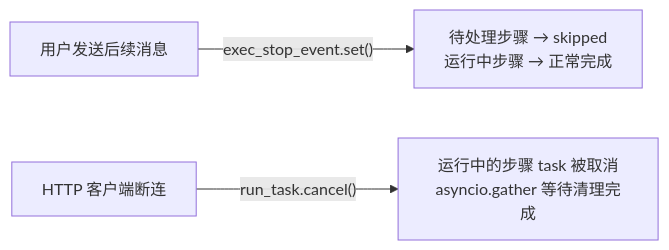
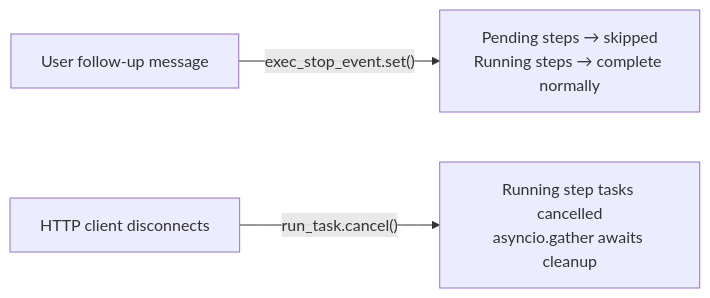
One commit to lucky20160622/fim-one changed the third of 3 diagrams in docs/zh/architecture/dag-engine.mdx. Above: the diagram before and after it, drawn with Mermaid. The commit also changed other lines of this file and 42 other files, not shown here.

````diff
--- a/docs/zh/architecture/dag-engine.mdx
+++ b/docs/zh/architecture/dag-engine.mdx
@@ -102,5 +94,5 @@
 ```mermaid
 flowchart LR
-    A["用户发送后续消息"] -->|"exec_stop_event.set()"| B["待处理步骤 → skipped\n运行中步骤 → 正常完成"]
-    C["HTTP 客户端断连"] -->|"run_task.cancel()"| D["运行中的步骤 task 被取消\nasyncio.gather 等待清理完成"]
+    A["User follow-up message"] -->|"exec_stop_event.set()"| B["Pending steps → skipped\nRunning steps → complete normally"]
+    C["HTTP client disconnects"] -->|"run_task.cancel()"| D["Running step tasks cancelled\nasyncio.gather awaits cleanup"]
 ```
````
